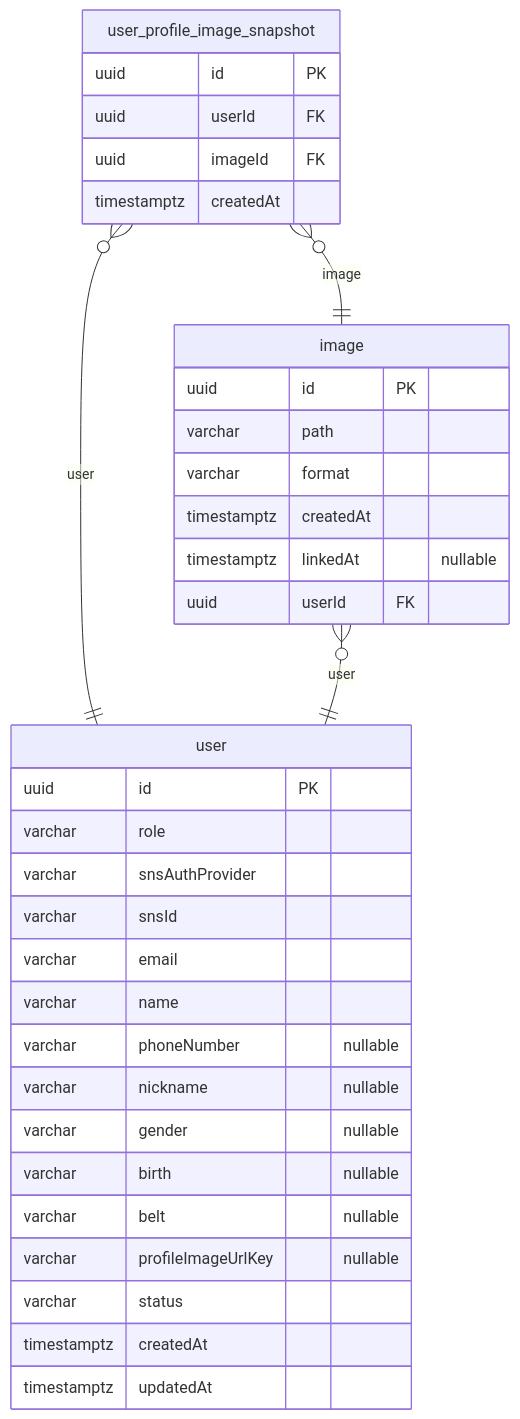
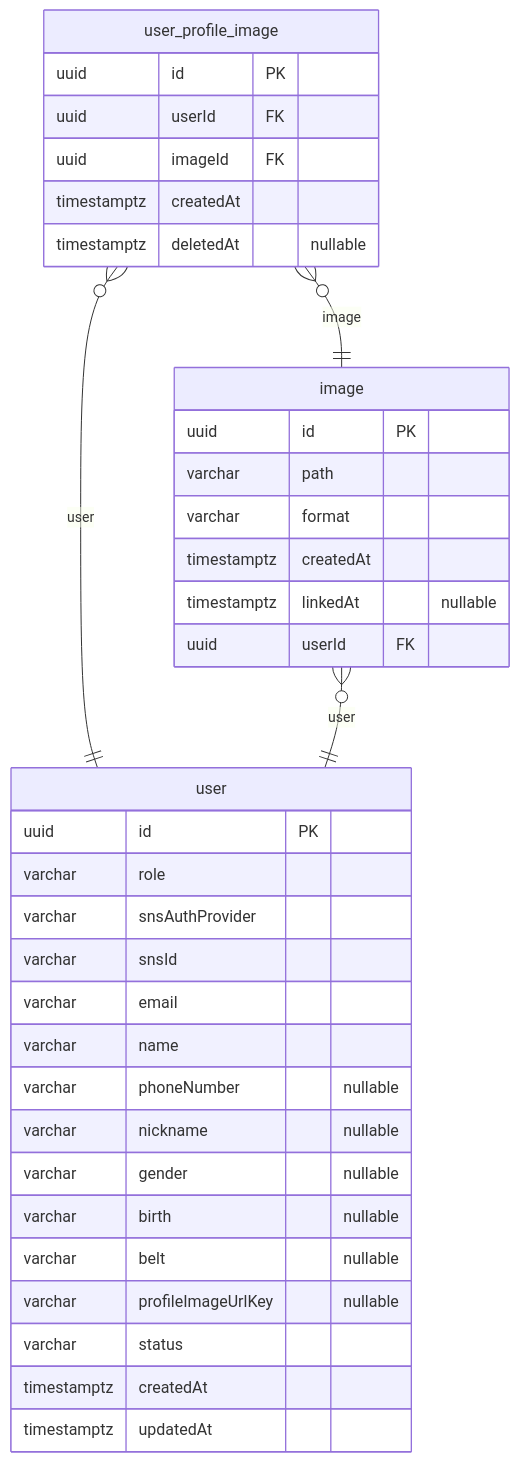
Before and after one commit to NAJUHA-JIUJITSU/najuha-v2-be: the fifth of 5 diagrams in docs/najiha-v2-erd.md, drawn with Mermaid. The commit also changed other lines of this file and 11 other files, not shown here.

Commit message:
NJH-400 feat: user profile image 생성시 기존 프로필 softdelete

````diff
--- a/docs/najiha-v2-erd.md
+++ b/docs/najiha-v2-erd.md
@@ -802,37 +802,38 @@
 ```mermaid
 erDiagram
-  user_profile_image_snapshot {
+  user_profile_image {
     uuid id PK
     uuid userId FK
     uuid imageId FK
     timestamptz createdAt
+    timestamptz deletedAt "nullable"
   }
   image {
     uuid id PK
     varchar path
     varchar format
     timestamptz createdAt
     timestamptz linkedAt "nullable"
     uuid userId FK
   }
   user {
     uuid id PK
     varchar role
     varchar snsAuthProvider
     varchar snsId
     varchar email
     varchar name
     varchar phoneNumber "nullable"
     varchar nickname "nullable"
     varchar gender "nullable"
     varchar birth "nullable"
     varchar belt "nullable"
     varchar profileImageUrlKey "nullable"
     varchar status
     timestamptz createdAt
     timestamptz updatedAt
   }
-  user_profile_image_snapshot }o--|| user: user
-  user_profile_image_snapshot }o--|| image: image
+  user_profile_image }o--|| user: user
+  user_profile_image }o--|| image: image
   image }o--|| user: user
 ```
````
